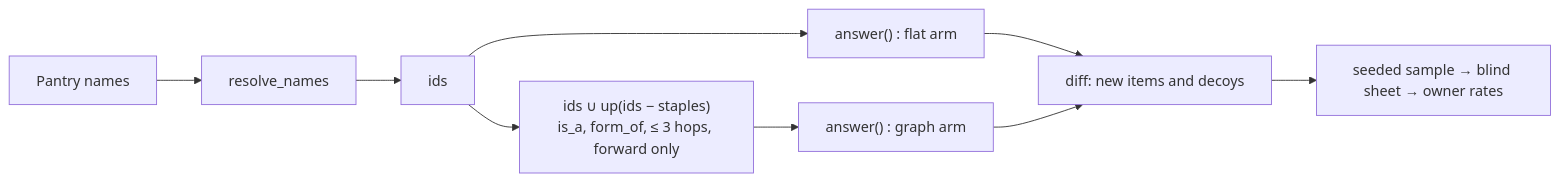
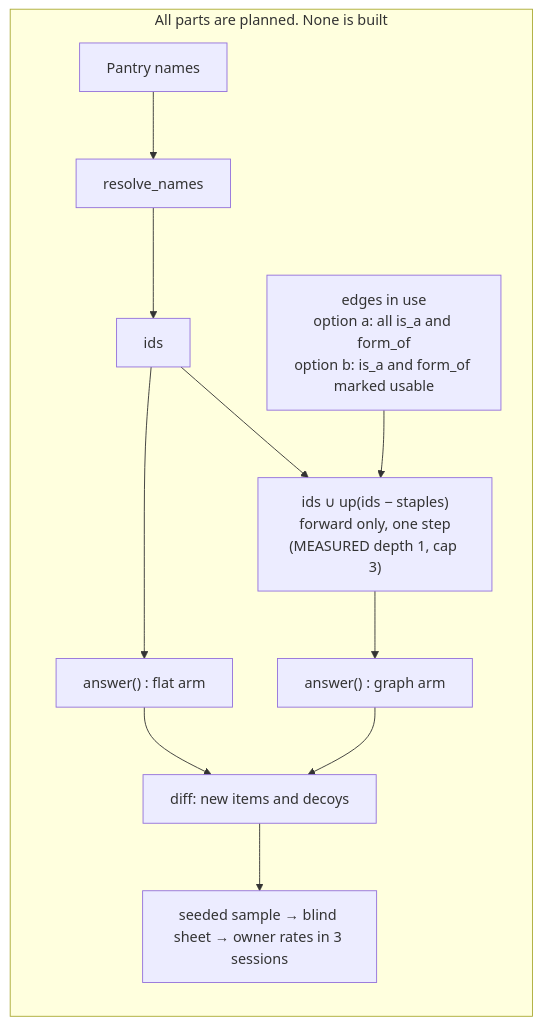
One commit to aritr-codes/PantryChef changed the first of 2 diagrams in docs/research/2026-11-m3/graph_spike_design.md. Above: the diagram before and after it, drawn with Mermaid. The commit also changed other lines of this file, not shown here.

````diff
--- a/docs/research/2026-11-m3/graph_spike_design.md
+++ b/docs/research/2026-11-m3/graph_spike_design.md
@@ -58,9 +114,12 @@
 ```mermaid
 flowchart LR
-  P["Pantry names"] --> R["resolve_names"] --> I["ids"]
-  I --> F["answer() : flat arm"]
-  I --> U["ids ∪ up(ids − staples)<br/>is_a, form_of, ≤ 3 hops, forward only"] --> G["answer() : graph arm"]
-  F --> D["diff: new items and decoys"]
-  G --> D
-  D --> S["seeded sample → blind sheet → owner rates"]
+  subgraph Planned["All parts are planned. None is built"]
+    P["Pantry names"] --> R["resolve_names"] --> I["ids"]
+    E["edges in use<br/>option a: all is_a and form_of<br/>option b: is_a and form_of marked usable"] --> U
+    I --> F["answer() : flat arm"]
+    I --> U["ids ∪ up(ids − staples)<br/>forward only, one step<br/>(MEASURED depth 1, cap 3)"] --> G["answer() : graph arm"]
+    F --> D["diff: new items and decoys"]
+    G --> D
+    D --> S["seeded sample → blind sheet → owner rates in 3 sessions"]
+  end
 ```
````
